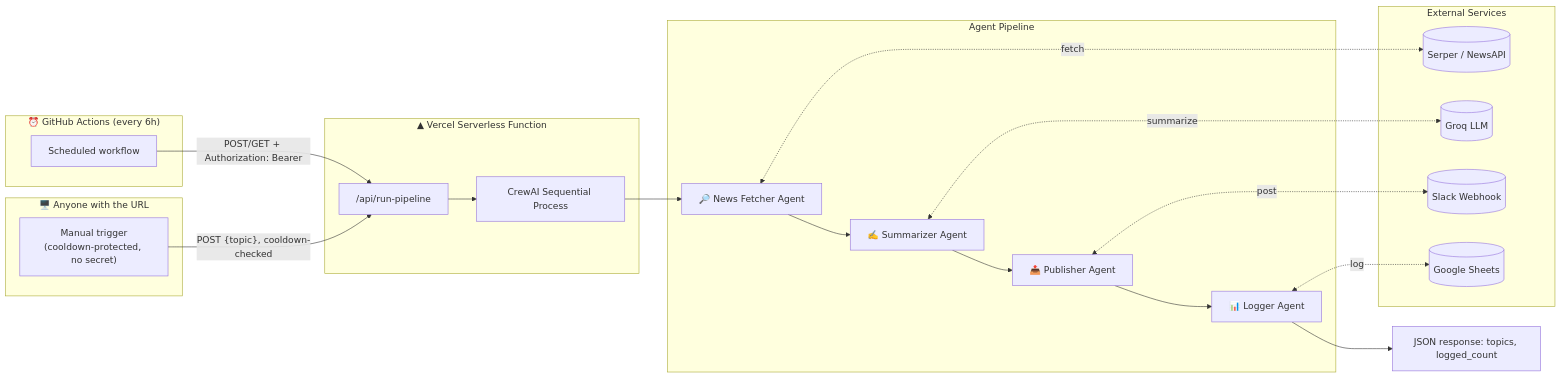
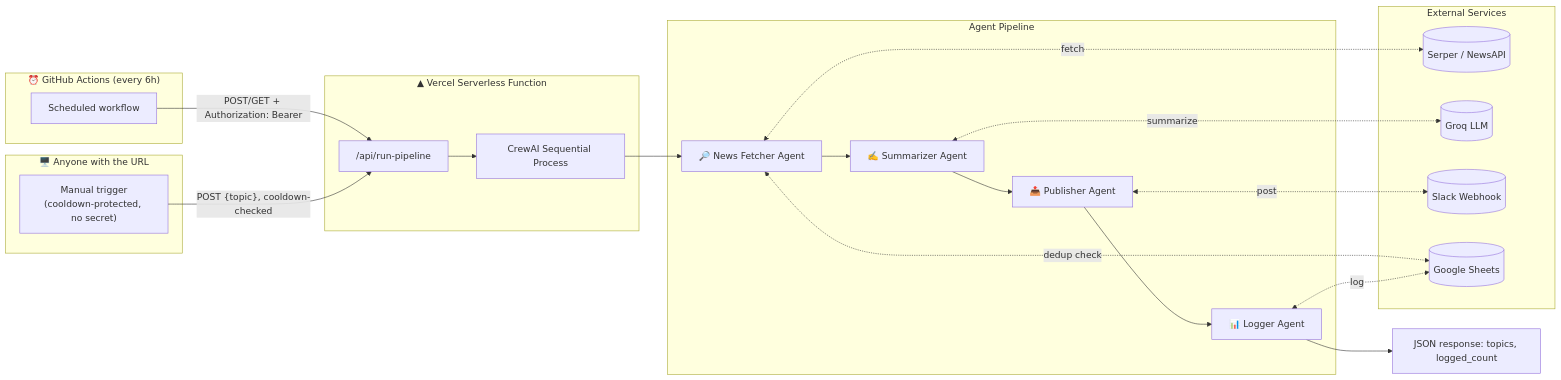
The diagram in README.md (m-sameerkhan/ai-news-automation-bot), drawn with Mermaid before and after one commit. The commit also changed other lines of this file, not shown here.

Commit message:
Update README: document dedup logic, DEDUP_WINDOW_HOURS, and root path rewrite

````diff
--- a/README.md
+++ b/README.md
@@ -35,38 +43,39 @@
 ```mermaid
 flowchart LR
     subgraph Scheduler["⏰ GitHub Actions (every 6h)"]
         CRON[Scheduled workflow]
     end
 
     subgraph Dashboard["🖥️ Anyone with the URL"]
         MANUAL["Manual trigger<br/>(cooldown-protected, no secret)"]
     end
 
     subgraph Vercel["▲ Vercel Serverless Function"]
         EP["/api/run-pipeline"]
         CREW["CrewAI Sequential Process"]
     end
 
     subgraph Agents["Agent Pipeline"]
         A1["🔎 News Fetcher Agent"] --> A2["✍️ Summarizer Agent"]
         A2 --> A3["📤 Publisher Agent"]
         A3 --> A4["📊 Logger Agent"]
     end
 
     subgraph External["External Services"]
         SERPER[(Serper / NewsAPI)]
         GROQ[(Groq LLM)]
         SLACK[(Slack Webhook)]
         SHEETS[(Google Sheets)]
     end
 
     CRON -- "POST/GET + Authorization: Bearer" --> EP
     MANUAL -- "POST {topic}, cooldown-checked" --> EP
     EP --> CREW
     CREW --> A1
     A1 <-. fetch .-> SERPER
+    A1 <-. dedup check .-> SHEETS
     A2 <-. summarize .-> GROQ
     A3 <-. post .-> SLACK
     A4 <-. log .-> SHEETS
     A4 --> RESULT["JSON response: topics, logged_count"]
 ```
````
